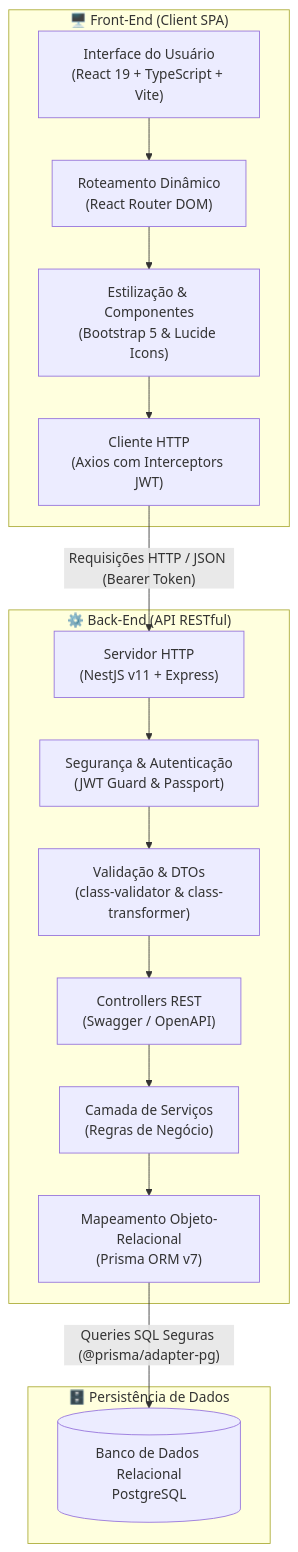
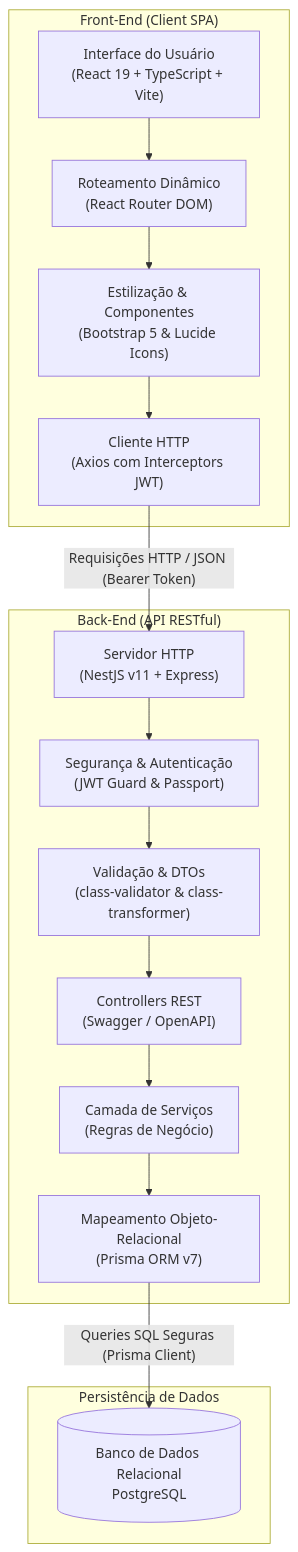
Before and after one commit to joaoxddx/FormaPro: the first of 2 diagrams in README.md, drawn with Mermaid.

Commit message:
fix: corrige sintaxe do diagrama mermaid no README

````diff
--- a/README.md
+++ b/README.md
@@ -17,28 +17,35 @@
 ```mermaid
 flowchart TD
-    subgraph Client ["🖥️ Front-End (Client SPA)"]
-        UI["Interface do Usuário\n(React 19 + TypeScript + Vite)"]
-        Router["Roteamento Dinâmico\n(React Router DOM)"]
-        Styles["Estilização & Componentes\n(Bootstrap 5 & Lucide Icons)"]
-        AxiosClient["Cliente HTTP\n(Axios com Interceptors JWT)"]
-        UI --> Router --> Styles --> AxiosClient
+    subgraph Client["Front-End (Client SPA)"]
+        UI["Interface do Usuário<br/>(React 19 + TypeScript + Vite)"]
+        Router["Roteamento Dinâmico<br/>(React Router DOM)"]
+        Styles["Estilização & Componentes<br/>(Bootstrap 5 & Lucide Icons)"]
+        AxiosClient["Cliente HTTP<br/>(Axios com Interceptors JWT)"]
+        
+        UI --> Router
+        Router --> Styles
+        Styles --> AxiosClient
     end
 
-    subgraph Server ["⚙️ Back-End (API RESTful)"]
-        Gateway["Servidor HTTP\n(NestJS v11 + Express)"]
-        Guards["Segurança & Autenticação\n(JWT Guard & Passport)"]
-        Pipes["Validação & DTOs\n(class-validator & class-transformer)"]
-        Controllers["Controllers REST\n(Swagger / OpenAPI)"]
-        Services["Camada de Serviços\n(Regras de Negócio)"]
-        ORM["Mapeamento Objeto-Relacional\n(Prisma ORM v7)"]
+    subgraph Server["Back-End (API RESTful)"]
+        Gateway["Servidor HTTP<br/>(NestJS v11 + Express)"]
+        Guards["Segurança & Autenticação<br/>(JWT Guard & Passport)"]
+        Pipes["Validação & DTOs<br/>(class-validator & class-transformer)"]
+        Controllers["Controllers REST<br/>(Swagger / OpenAPI)"]
+        Services["Camada de Serviços<br/>(Regras de Negócio)"]
+        ORM["Mapeamento Objeto-Relacional<br/>(Prisma ORM v7)"]
 
-        Gateway --> Guards --> Pipes --> Controllers --> Services --> ORM
+        Gateway --> Guards
+        Guards --> Pipes
+        Pipes --> Controllers
+        Controllers --> Services
+        Services --> ORM
     end
 
-    subgraph Database ["🗄️ Persistência de Dados"]
-        Postgres[(Banco de Dados Relacional\nPostgreSQL)]
+    subgraph Database["Persistência de Dados"]
+        Postgres[("Banco de Dados Relacional<br/>PostgreSQL")]
     end
 
-    AxiosClient -- "Requisições HTTP / JSON (Bearer Token)" --> Gateway
-    ORM -- "Queries SQL Seguras (@prisma/adapter-pg)" --> Postgres
+    AxiosClient -->|"Requisições HTTP / JSON (Bearer Token)"| Gateway
+    ORM -->|"Queries SQL Seguras (Prisma Client)"| Postgres
 ```
````
